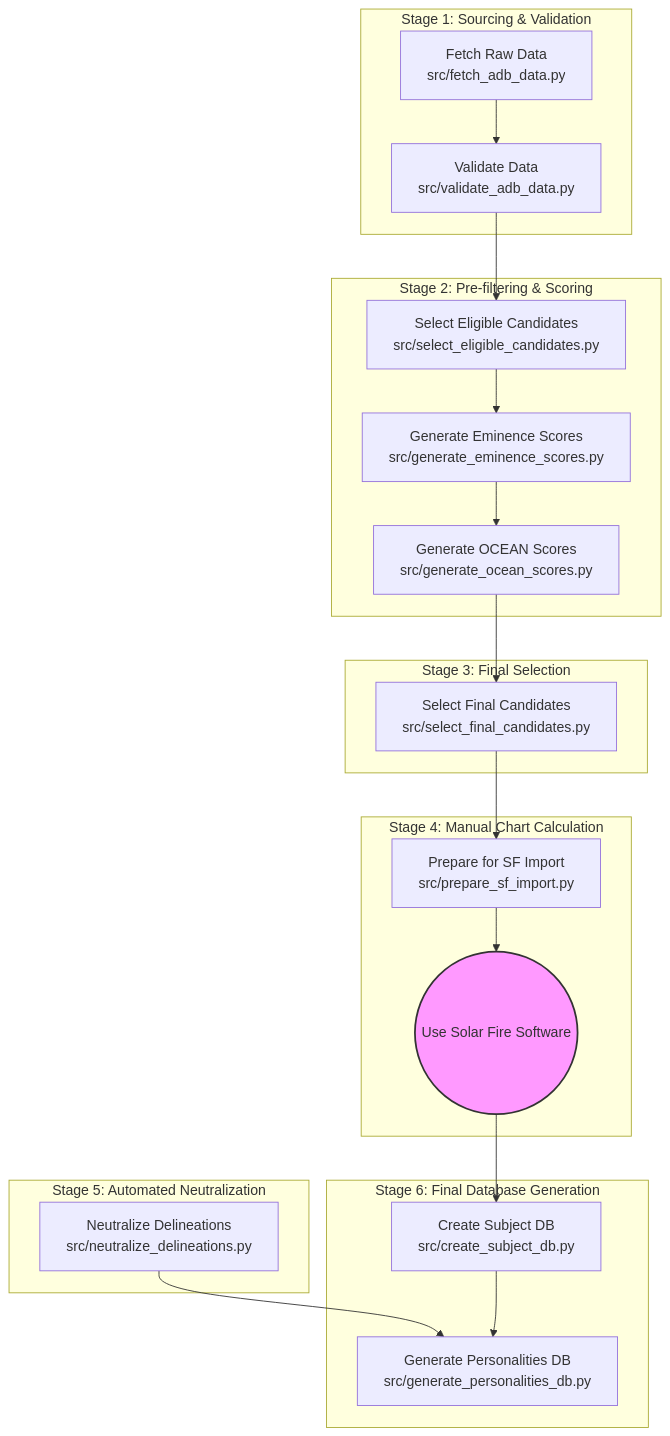
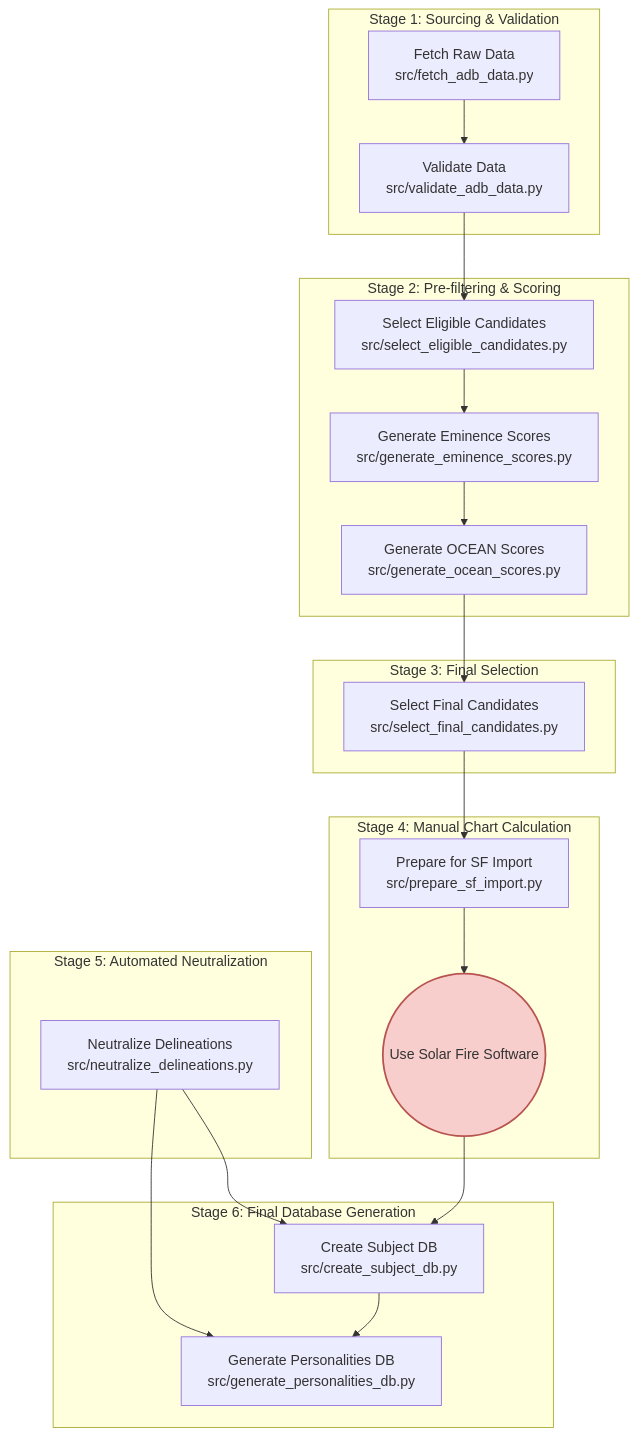
The diagram in docs/diagrams/flow_prep_pipeline.mmd (peterjmarko/llm-narrative-framework), drawn with Mermaid before and after one commit. The commit also changed 19 other files, not shown here.

```diff
--- a/docs/diagrams/flow_prep_pipeline.mmd
+++ b/docs/diagrams/flow_prep_pipeline.mmd
@@ -1,30 +1,33 @@
 graph TD
+    classDef manualStyle fill:#f8cecc,stroke:#b85450,stroke-width:2px
     subgraph "Stage 1: Sourcing & Validation"
         A[Fetch Raw Data<br>src/fetch_adb_data.py] --> B[Validate Data<br>src/validate_adb_data.py];
     end
 
     subgraph "Stage 2: Pre-filtering & Scoring"
         B --> C[Select Eligible Candidates<br>src/select_eligible_candidates.py];
         C --> D[Generate Eminence Scores<br>src/generate_eminence_scores.py];
         D --> E[Generate OCEAN Scores<br>src/generate_ocean_scores.py];
     end
 
     subgraph "Stage 3: Final Selection"
         E --> F[Select Final Candidates<br>src/select_final_candidates.py];
     end
 
     subgraph "Stage 4: Manual Chart Calculation"
         F --> G[Prepare for SF Import<br>src/prepare_sf_import.py];
         G --> H((Use Solar Fire Software));
-        style H fill:#f9f,stroke:#333,stroke-width:2px;
     end
+    
+    class H manualStyle;
     
     subgraph "Stage 5: Automated Neutralization"
         I[Neutralize Delineations<br>src/neutralize_delineations.py]
     end
 
     subgraph "Stage 6: Final Database Generation"
         H --> J[Create Subject DB<br>src/create_subject_db.py];
+        I --> J
         I --> K[Generate Personalities DB<br>src/generate_personalities_db.py];
         J --> K
     end
```
